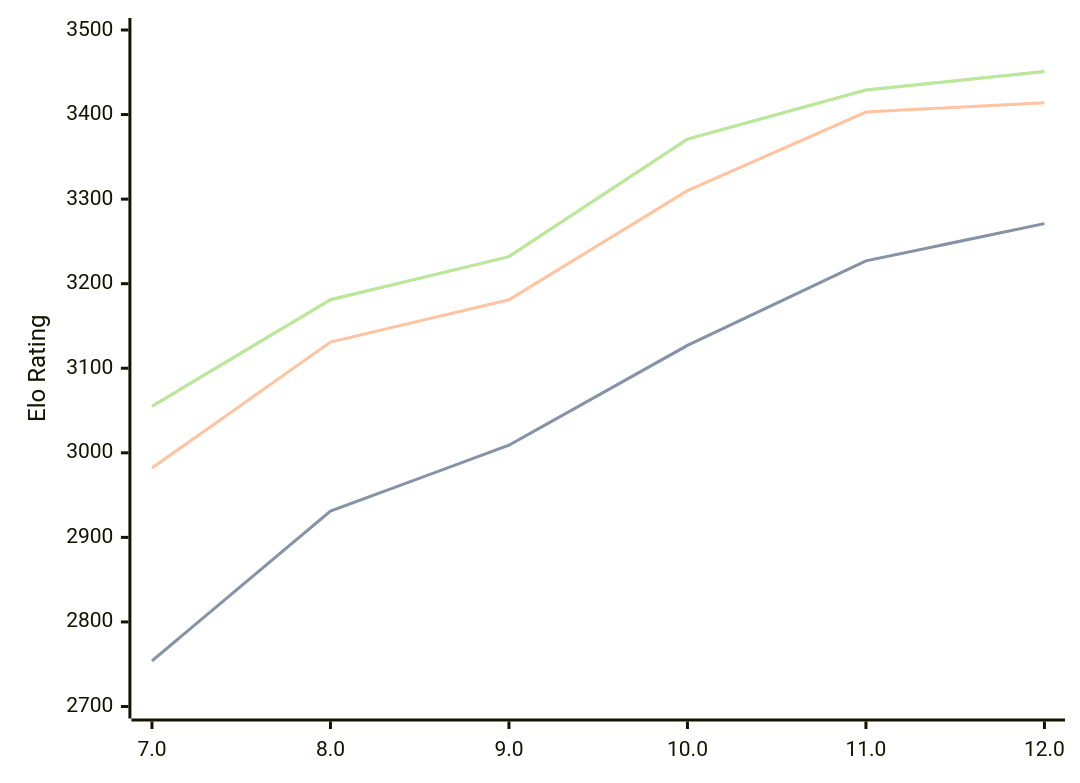
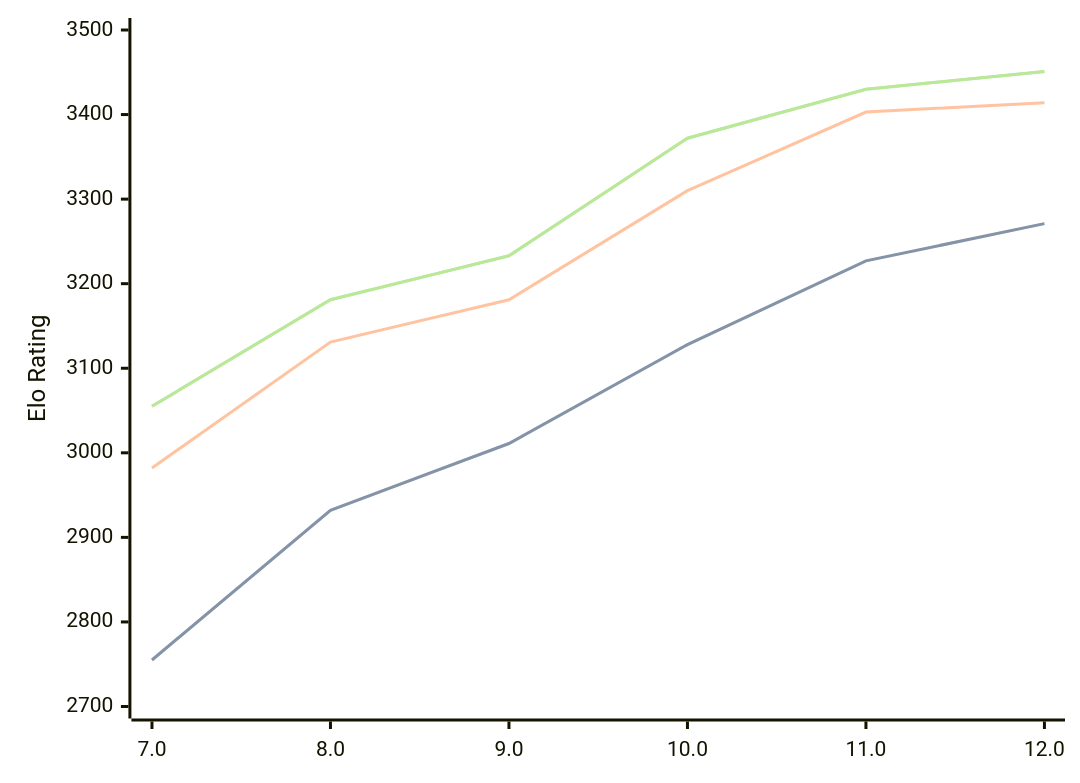
One commit to computer-chess-index/cci changed the first of 3 diagrams in engines/Tcheran.md. Above: the diagram before and after it, drawn with Mermaid. The commit also changed other lines of this file, not shown here.

Commit message:
Update CCI Ratings (ELO VLTC) - 2026-06-24

````diff
--- a/engines/Tcheran.md
+++ b/engines/Tcheran.md
@@ -50,11 +50,11 @@
 ```mermaid
 %%{init: {"theme":"base","themeVariables":{"seriesColors:['#a3a3a3','#222221','#faa371']}}}%%
 xychart-beta
   x-axis ["7.0", "8.0", "9.0", "10.0", "11.0", "12.0"]
   y-axis "Elo Rating" 2700 --> 3500
-  line "STC (8.0+0.08s)" [2754, 2931, 3009, 3127, 3227, 3271]
-  line "STC (8.0+0.08s)" [2754, 2931, 3009, 3127, 3227, 3271]
+  line "STC (8.0+0.08s)" [2755, 2932, 3011, 3128, 3227, 3271]
+  line "STC (8.0+0.08s)" [2755, 2932, 3011, 3128, 3227, 3271]
   line "LTC (60.0+0.60s)" [2982, 3131, 3181, 3310, 3403, 3414]
-  line "VLTC (2m24s+1.12s)" [3055, 3181, 3232, 3371, 3429, 3451]
-  line "VLTC (2m24s+1.12s)" [3055, 3181, 3232, 3371, 3429, 3451]
+  line "VLTC (2m24s+1.12s)" [3055, 3181, 3233, 3372, 3430, 3451]
+  line "VLTC (2m24s+1.12s)" [3055, 3181, 3233, 3372, 3430, 3451]
 ```
````
